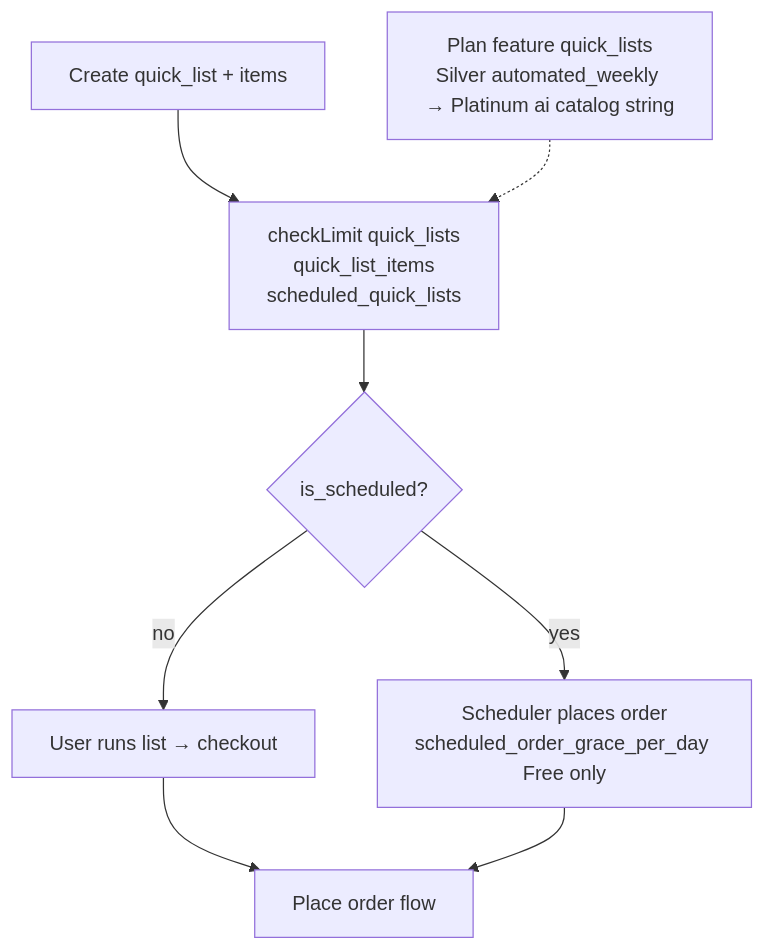
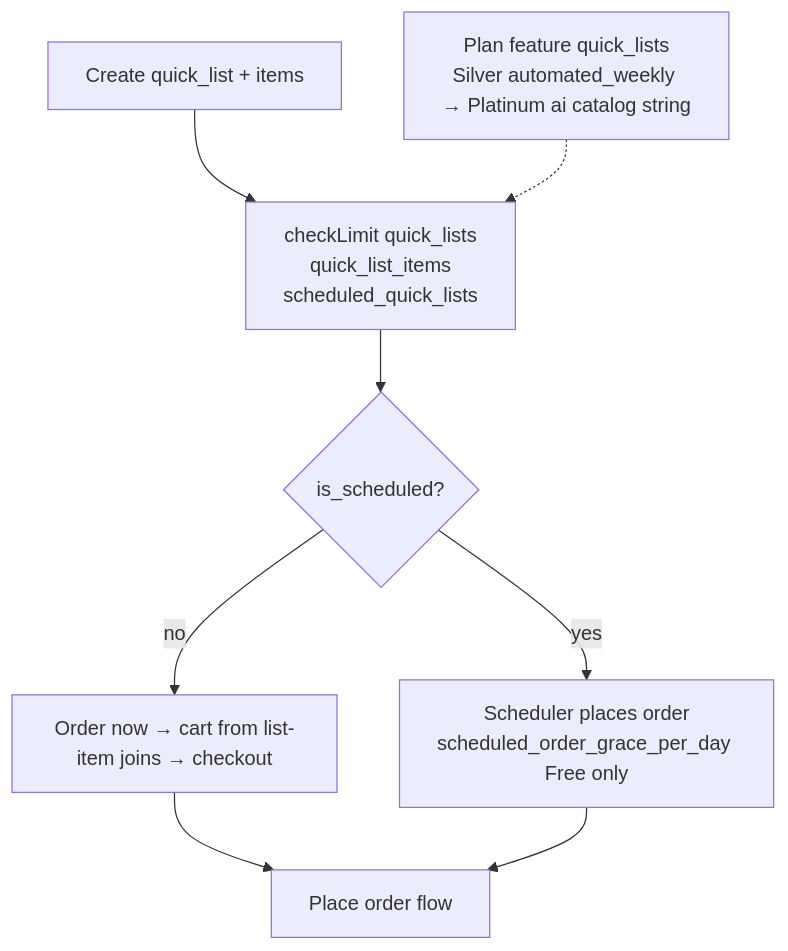
Before and after one commit to ghadimdallaldev/supplify_erp: the diagram in docs/diagrams/restaurant/quick-lists-flow.mmd, drawn with Mermaid. The commit also changed 62 other files, not shown here.

First line of the commit message:
fix: harden route-stop atomicity, ordering lists cart, and multi-branch checkout

```diff
--- a/docs/diagrams/restaurant/quick-lists-flow.mmd
+++ b/docs/diagrams/restaurant/quick-lists-flow.mmd
@@ -1,10 +1,10 @@
 %% Quick lists (scheduled and manual)
 %% Status: current | Related: apps/api/src/routes/quick-lists.routes.js
 flowchart TD
   Create[Create quick_list + items] --> Limits[checkLimit quick_lists\nquick_list_items\nscheduled_quick_lists]
   Limits --> Schedule{is_scheduled?}
   Schedule -->|yes| Cron[Scheduler places order\nscheduled_order_grace_per_day Free only]
-  Schedule -->|no| Manual[User runs list → checkout]
+  Schedule -->|no| Manual[Order now → cart from list-item joins → checkout]
   Manual --> Place[Place order flow]
   Cron --> Place
   Tier[Plan feature quick_lists\nSilver automated_weekly → Platinum ai catalog string] -.-> Limits
```
